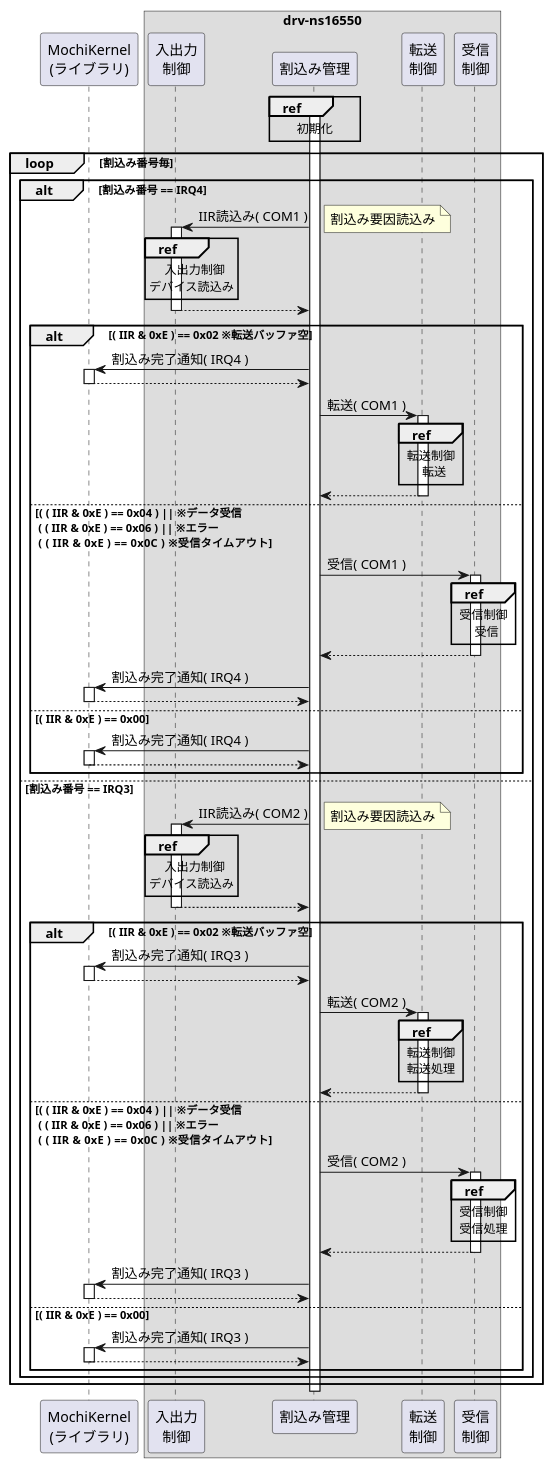
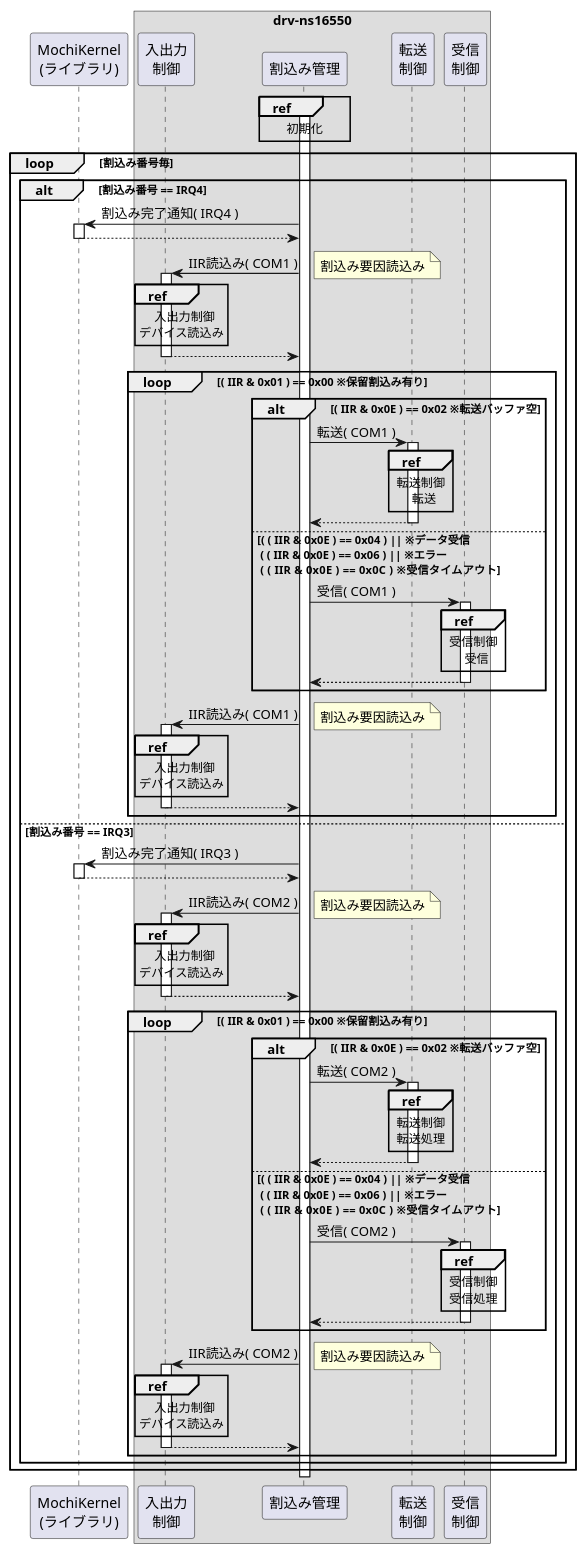
The diagram in docs/docs/internal/intmng/proc.puml (MasterMochi/drv-ns16550), drawn with PlantUML before and after one commit. The commit also changed 13 other files, not shown here.

```diff
--- a/docs/docs/internal/intmng/proc.puml
+++ b/docs/docs/internal/intmng/proc.puml
@@ -1,118 +1,119 @@
 @startuml
 
 participant "MochiKernel\n(ライブラリ)" as kernel
 box "drv-ns16550"
     participant "入出力\n制御" as ioctrl
     participant "割込み管理"   as intmng
     participant "転送\n制御"   as txctrl
     participant "受信\n制御"   as rxctrl
 end box
 
 activate intmng
 ref over intmng
     初期化
 end ref
 
 loop 割込み番号毎
     alt 割込み番号 == IRQ4
+        kernel <- intmng: 割込み完了通知( IRQ4 )
+        activate kernel
+        kernel --> intmng:
+        deactivate kernel
+
         ioctrl <- intmng: IIR読込み( COM1 )
         activate ioctrl
         note right: 割込み要因読込み
         ref over ioctrl
               入出力制御
             デバイス読込み
         end ref
         ioctrl --> intmng:
         deactivate ioctrl
 
-        alt ( IIR & 0xE ) == 0x02 ※転送バッファ空
-            kernel <- intmng: 割込み完了通知( IRQ4 )
-            activate kernel
-            kernel --> intmng:
-            deactivate kernel
+        loop ( IIR & 0x01 ) == 0x00 ※保留割込み有り
+            alt ( IIR & 0x0E ) == 0x02 ※転送バッファ空
+                intmng -> txctrl: 転送( COM1 )
+                activate txctrl
+                ref over txctrl
+                    転送制御
+                      転送
+                end ref
+                intmng <-- txctrl:
+                deactivate txctrl
 
-            intmng -> txctrl: 転送( COM1 )
-            activate txctrl
-            ref over txctrl
-                転送制御
-                  転送
+            else ( ( IIR & 0x0E ) == 0x04 ) || ※データ受信\n ( ( IIR & 0x0E ) == 0x06 ) || ※エラー\n ( ( IIR & 0x0E ) == 0x0C )    ※受信タイムアウト
+                intmng -> rxctrl: 受信( COM1 )
+                activate rxctrl
+                ref over rxctrl
+                    受信制御
+                      受信
+                end ref
+                intmng <-- rxctrl
+                deactivate rxctrl
+            end alt
+
+            ioctrl <- intmng: IIR読込み( COM1 )
+            activate ioctrl
+            note right: 割込み要因読込み
+            ref over ioctrl
+                  入出力制御
+                デバイス読込み
             end ref
-            intmng <-- txctrl:
-            deactivate txctrl
-
-        else ( ( IIR & 0xE ) == 0x04 ) || ※データ受信\n ( ( IIR & 0xE ) == 0x06 ) || ※エラー\n ( ( IIR & 0xE ) == 0x0C )    ※受信タイムアウト
-            intmng -> rxctrl: 受信( COM1 )
-            activate rxctrl
-            ref over rxctrl
-                受信制御
-                  受信
-            end ref
-            intmng <-- rxctrl
-            deactivate rxctrl
-
-            kernel <- intmng: 割込み完了通知( IRQ4 )
-            activate kernel
-            kernel --> intmng:
-            deactivate kernel
-
-        else ( IIR & 0xE ) == 0x00
-            kernel <- intmng: 割込み完了通知( IRQ4 )
-            activate kernel
-            kernel --> intmng:
-            deactivate kernel
-
-        end alt
+            ioctrl --> intmng:
+            deactivate ioctrl
+        end loop
 
     else 割込み番号 == IRQ3
+        kernel <- intmng: 割込み完了通知( IRQ3 )
+        activate kernel
+        kernel --> intmng:
+        deactivate kernel
+
         ioctrl <- intmng: IIR読込み( COM2 )
         activate ioctrl
         note right: 割込み要因読込み
         ref over ioctrl
               入出力制御
             デバイス読込み
         end ref
         ioctrl --> intmng:
         deactivate ioctrl
 
-        alt ( IIR & 0xE ) == 0x02 ※転送バッファ空
-            kernel <- intmng: 割込み完了通知( IRQ3 )
-            activate kernel
-            kernel --> intmng:
-            deactivate kernel
+        loop ( IIR & 0x01 ) == 0x00 ※保留割込み有り
+            alt ( IIR & 0x0E ) == 0x02 ※転送バッファ空
+                intmng -> txctrl: 転送( COM2 )
+                activate txctrl
+                ref over txctrl
+                    転送制御
+                    転送処理
+                end ref
+                intmng <-- txctrl:
+                deactivate txctrl
 
-            intmng -> txctrl: 転送( COM2 )
-            activate txctrl
-            ref over txctrl
-                転送制御
-                転送処理
+            else ( ( IIR & 0x0E ) == 0x04 ) || ※データ受信\n ( ( IIR & 0x0E ) == 0x06 ) || ※エラー\n ( ( IIR & 0x0E ) == 0x0C )    ※受信タイムアウト
+                intmng -> rxctrl: 受信( COM2 )
+                activate rxctrl
+                ref over rxctrl
+                    受信制御
+                    受信処理
+                end ref
+                intmng <-- rxctrl
+                deactivate rxctrl
+
+            end alt
+
+            ioctrl <- intmng: IIR読込み( COM2 )
+            activate ioctrl
+            note right: 割込み要因読込み
+            ref over ioctrl
+                  入出力制御
+                デバイス読込み
             end ref
-            intmng <-- txctrl:
-            deactivate txctrl
-
-        else ( ( IIR & 0xE ) == 0x04 ) || ※データ受信\n ( ( IIR & 0xE ) == 0x06 ) || ※エラー\n ( ( IIR & 0xE ) == 0x0C )    ※受信タイムアウト
-            intmng -> rxctrl: 受信( COM2 )
-            activate rxctrl
-            ref over rxctrl
-                受信制御
-                受信処理
-            end ref
-            intmng <-- rxctrl
-            deactivate rxctrl
-
-            kernel <- intmng: 割込み完了通知( IRQ3 )
-            activate kernel
-            kernel --> intmng:
-            deactivate kernel
-
-        else ( IIR & 0xE ) == 0x00
-            kernel <- intmng: 割込み完了通知( IRQ3 )
-            activate kernel
-            kernel --> intmng:
-            deactivate kernel
-
-        end alt
+            ioctrl --> intmng:
+            deactivate ioctrl
+        end loop
     end alt
 end loop
 deactivate intmng
 
 @enduml
```
